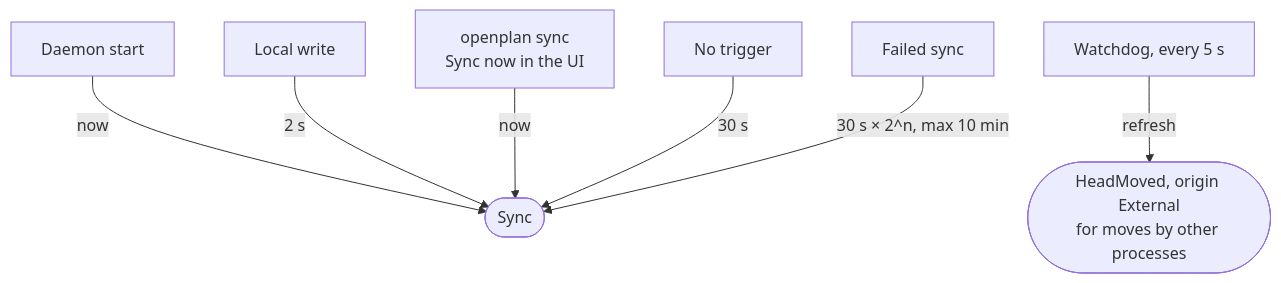
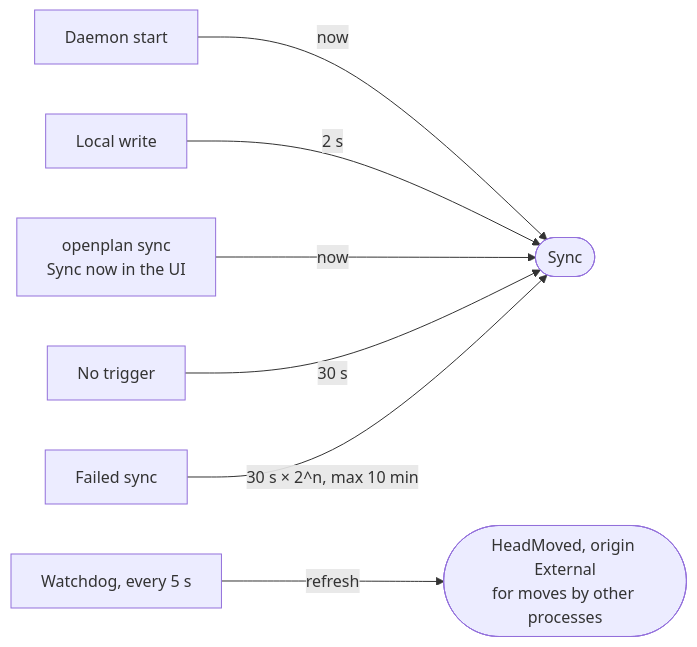
The sixth of 6 diagrams in docs/storage-and-sync.md (sukovanej/openplan), drawn with Mermaid before and after one commit.

Commit message:
doc storage-and-sync: edit
Via: claude-code

````diff
--- a/docs/storage-and-sync.md
+++ b/docs/storage-and-sync.md
@@ -91,9 +91,9 @@
 ```mermaid
-flowchart TD
+flowchart LR
   start["Daemon start"] -->|now| sync(["Sync"])
   write["Local write"] -->|2 s| sync
   button["openplan sync<br/>Sync now in the UI"] -->|now| sync
   idle["No trigger"] -->|30 s| sync
   fail["Failed sync"] -->|"30 s × 2^n, max 10 min"| sync
   watchdog["Watchdog, every 5 s"] -->|refresh| ext(["HeadMoved, origin External<br/>for moves by other processes"])
 ```
````
